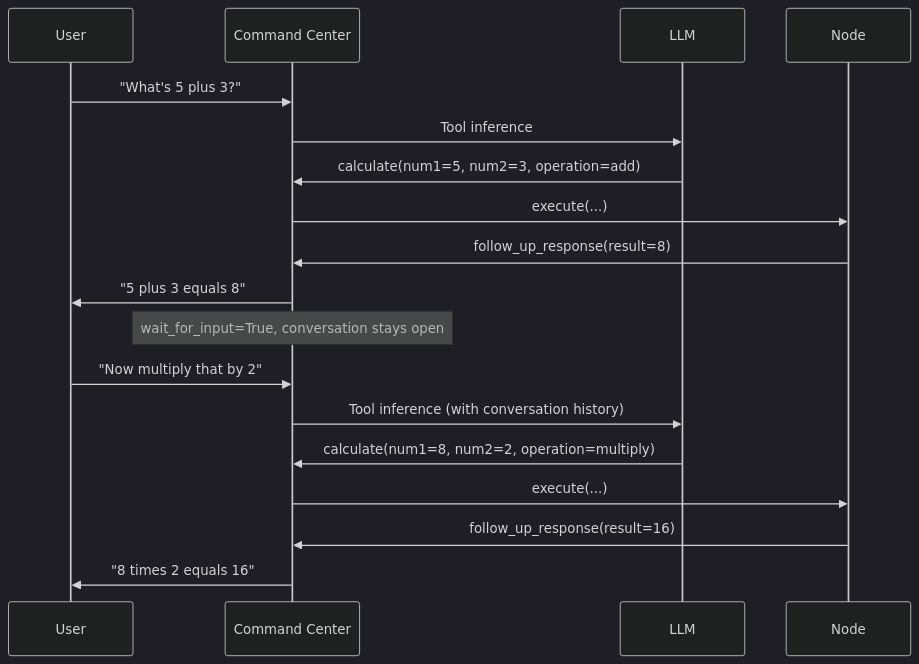
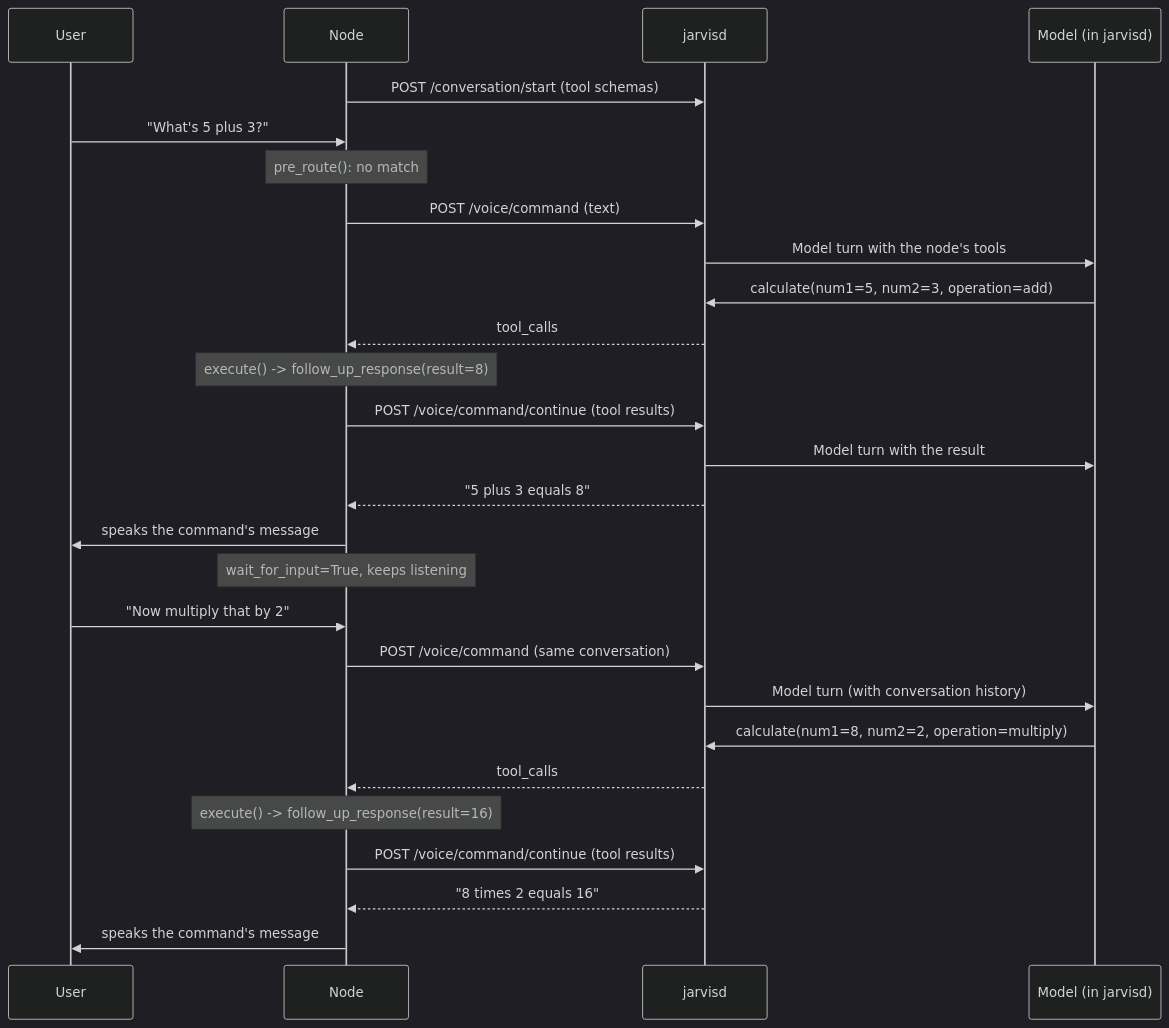
Before and after one commit to alexberardi/jarvis-docs: the fourth of 4 diagrams in docs/commands/lifecycle.md, drawn with Mermaid (dark theme). The commit also changed other lines of this file and 10 other files, not shown here.

````diff
--- a/docs/commands/lifecycle.md
+++ b/docs/commands/lifecycle.md
@@ -351,23 +375,32 @@
 ```mermaid
 sequenceDiagram
     participant User
-    participant CC as Command Center
-    participant LLM
     participant Node
+    participant J as jarvisd
+    participant LLM as Model (in jarvisd)
 
-    User->>CC: "What's 5 plus 3?"
-    CC->>LLM: Tool inference
-    LLM->>CC: calculate(num1=5, num2=3, operation=add)
-    CC->>Node: execute(...)
-    Node->>CC: follow_up_response(result=8)
-    CC->>User: "5 plus 3 equals 8"
+    Node->>J: POST /conversation/start (tool schemas)
+    User->>Node: "What's 5 plus 3?"
+    Note over Node: pre_route(): no match
+    Node->>J: POST /voice/command (text)
+    J->>LLM: Model turn with the node's tools
+    LLM->>J: calculate(num1=5, num2=3, operation=add)
+    J-->>Node: tool_calls
+    Note over Node: execute() -> follow_up_response(result=8)
+    Node->>J: POST /voice/command/continue (tool results)
+    J->>LLM: Model turn with the result
+    J-->>Node: "5 plus 3 equals 8"
+    Node->>User: speaks the command's message
 
-    Note over CC: wait_for_input=True, conversation stays open
+    Note over Node: wait_for_input=True, keeps listening
 
-    User->>CC: "Now multiply that by 2"
-    CC->>LLM: Tool inference (with conversation history)
-    LLM->>CC: calculate(num1=8, num2=2, operation=multiply)
-    CC->>Node: execute(...)
-    Node->>CC: follow_up_response(result=16)
-    CC->>User: "8 times 2 equals 16"
+    User->>Node: "Now multiply that by 2"
+    Node->>J: POST /voice/command (same conversation)
+    J->>LLM: Model turn (with conversation history)
+    LLM->>J: calculate(num1=8, num2=2, operation=multiply)
+    J-->>Node: tool_calls
+    Note over Node: execute() -> follow_up_response(result=16)
+    Node->>J: POST /voice/command/continue (tool results)
+    J-->>Node: "8 times 2 equals 16"
+    Node->>User: speaks the command's message
 ```
````
